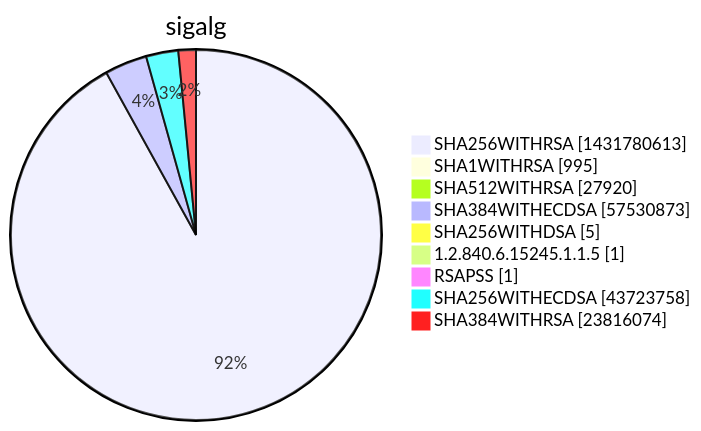
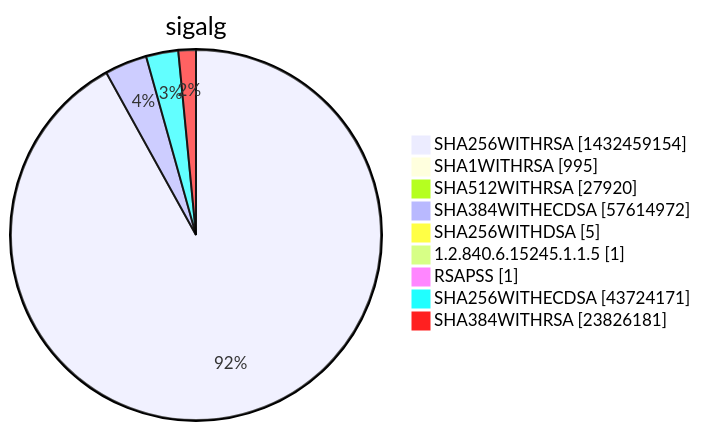
Before and after one commit to christiankrug/ctmonitor_visualization: diagram 15 of 15 in xenon2022/README.md, drawn with Mermaid. The commit also changed other lines of this file, not shown here.

````diff
--- a/xenon2022/README.md
+++ b/xenon2022/README.md
@@ -5860,13 +5860,13 @@
 ```mermaid
 pie showData
 title sigalg
-"SHA256WITHRSA" :1431780613
+"SHA256WITHRSA" :1432459154
 "SHA1WITHRSA" :995
 "SHA512WITHRSA" :27920
-"SHA384WITHECDSA" :57530873
+"SHA384WITHECDSA" :57614972
 "SHA256WITHDSA" :5
 "1.2.840.6.15245.1.1.5" :1
 "RSAPSS" :1
-"SHA256WITHECDSA" :43723758
-"SHA384WITHRSA" :23816074
+"SHA256WITHECDSA" :43724171
+"SHA384WITHRSA" :23826181
 ```
````
